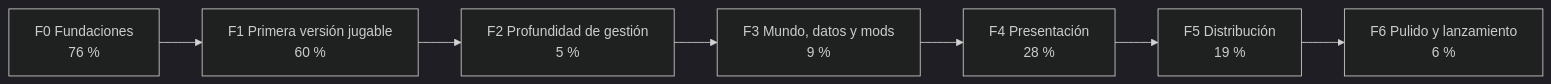
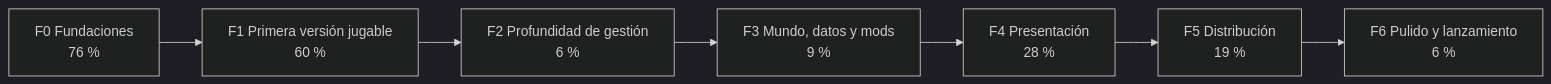
The first of 2 diagrams in README.md (dariogea/BM27), drawn with Mermaid (dark theme) before and after one commit. The commit also changed other lines of this file and 12 other files, not shown here.

````diff
--- a/README.md
+++ b/README.md
@@ -91,11 +91,11 @@
 ```mermaid
 flowchart LR
   F0["F0 Fundaciones<br/>76 %"]
   F1["F1 Primera versión jugable<br/>60 %"]
-  F2["F2 Profundidad de gestión<br/>5 %"]
+  F2["F2 Profundidad de gestión<br/>6 %"]
   F3["F3 Mundo, datos y mods<br/>9 %"]
   F4["F4 Presentación<br/>28 %"]
   F5["F5 Distribución<br/>19 %"]
   F6["F6 Pulido y lanzamiento<br/>6 %"]
   F0 --> F1 --> F2 --> F3 --> F4 --> F5 --> F6
 ```
````
